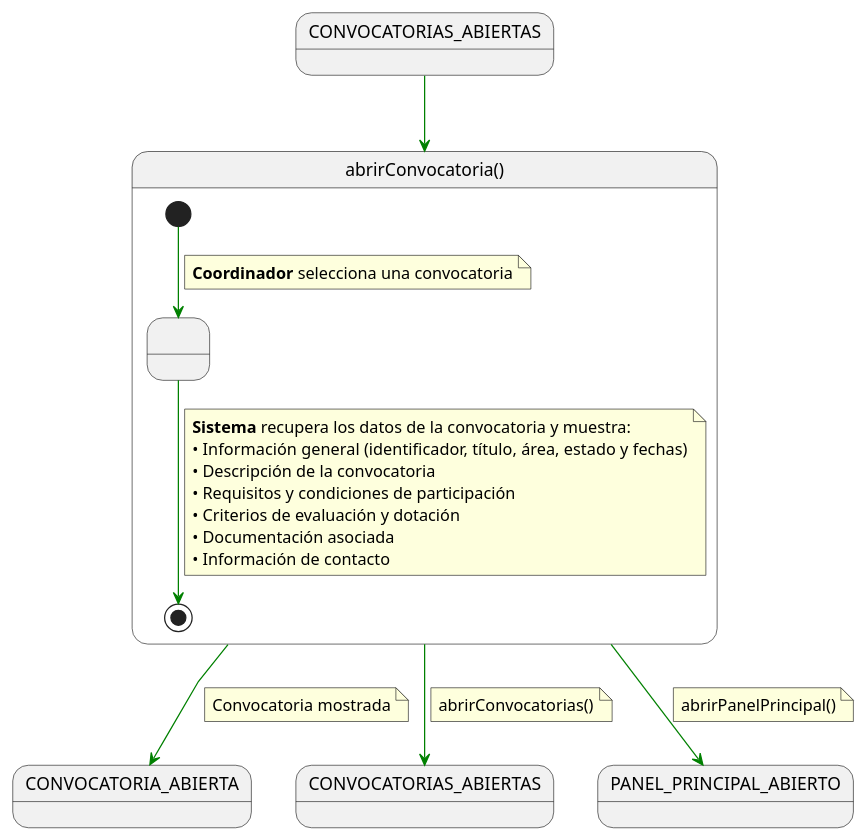
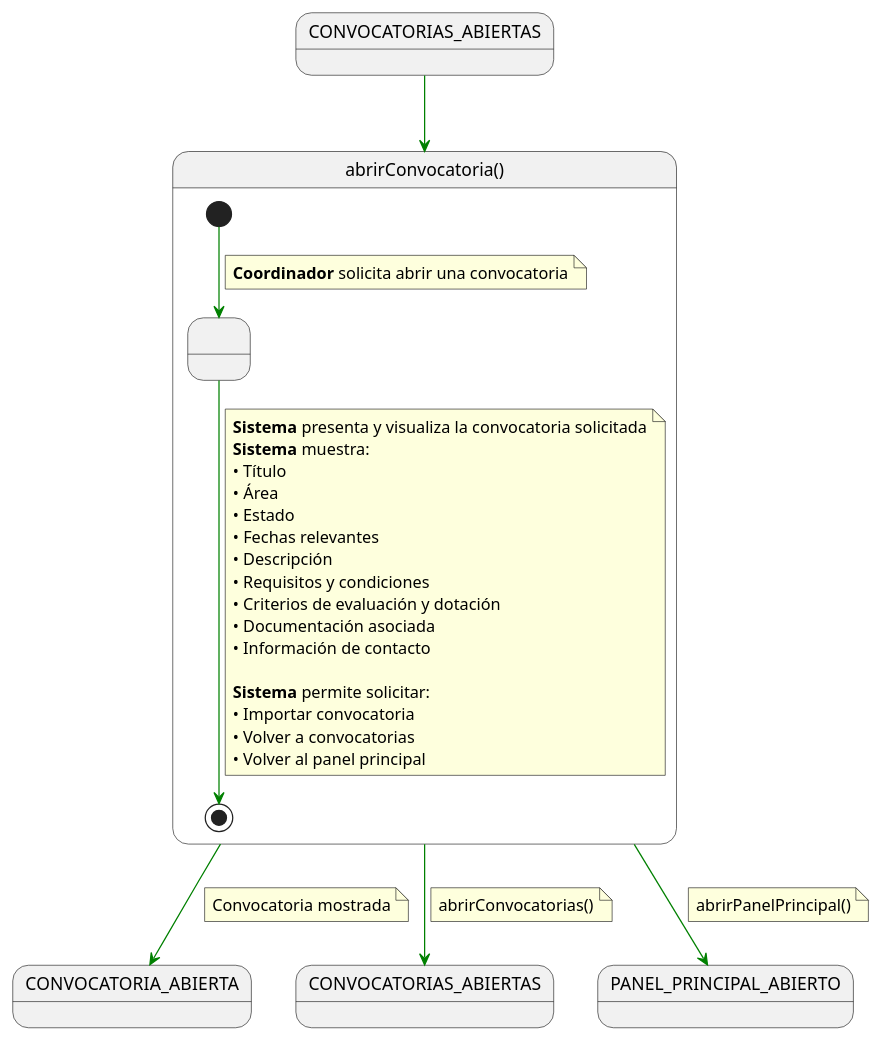
One commit to 31Diego/25-26-IdSw1-SdR changed the diagram in documents/casosDeUso/detalle/coordinador/04-convocatorias/abrirConvocatoria/abrirConvocatoria.puml. Above: the diagram before and after it, drawn with PlantUML. The commit also changed 38 other files, not shown here.

Commit message:
Agrego detallado y prototipos de casos de uso de importarConvocatoria y de entregables

```diff
--- a/documents/casosDeUso/detalle/coordinador/04-convocatorias/abrirConvocatoria/abrirConvocatoria.puml
+++ b/documents/casosDeUso/detalle/coordinador/04-convocatorias/abrirConvocatoria/abrirConvocatoria.puml
@@ -1,43 +1,52 @@
 @startuml abrirConvocatoria
 skinparam linetype polyline
 
 state in1 as "CONVOCATORIAS_ABIERTAS"
 in1 -[#green]-> abrirConvocatoria
 
 state abrirConvocatoria as "abrirConvocatoria()" {
 
     state " " as CargandoDetalle
 
     [*] -[#green]-> CargandoDetalle
     note on link
-    <b>Coordinador</b> selecciona una convocatoria
+    <b>Coordinador</b> solicita abrir una convocatoria
     end note
 
     CargandoDetalle -[#green]-> [*]
     note on link
-    <b>Sistema</b> recupera los datos de la convocatoria y muestra:
-    • Información general (identificador, título, área, estado y fechas)
-    • Descripción de la convocatoria
-    • Requisitos y condiciones de participación
+    <b>Sistema</b> presenta y visualiza la convocatoria solicitada
+    <b>Sistema</b> muestra:
+    • Título
+    • Área
+    • Estado
+    • Fechas relevantes
+    • Descripción
+    • Requisitos y condiciones
     • Criterios de evaluación y dotación
     • Documentación asociada
     • Información de contacto
+
+    <b>Sistema</b> permite solicitar:
+    • Importar convocatoria
+    • Volver a convocatorias
+    • Volver al panel principal
     end note
 }
 
 abrirConvocatoria -[#green]-> CONVOCATORIA_ABIERTA
 note on link
 Convocatoria mostrada
 end note
 
 abrirConvocatoria -[#green]-> CONVOCATORIAS_ABIERTAS
 note on link
 abrirConvocatorias()
 end note
 
 abrirConvocatoria -[#green]-> PANEL_PRINCIPAL_ABIERTO
 note on link
 abrirPanelPrincipal()
 end note
 
 @enduml
```
